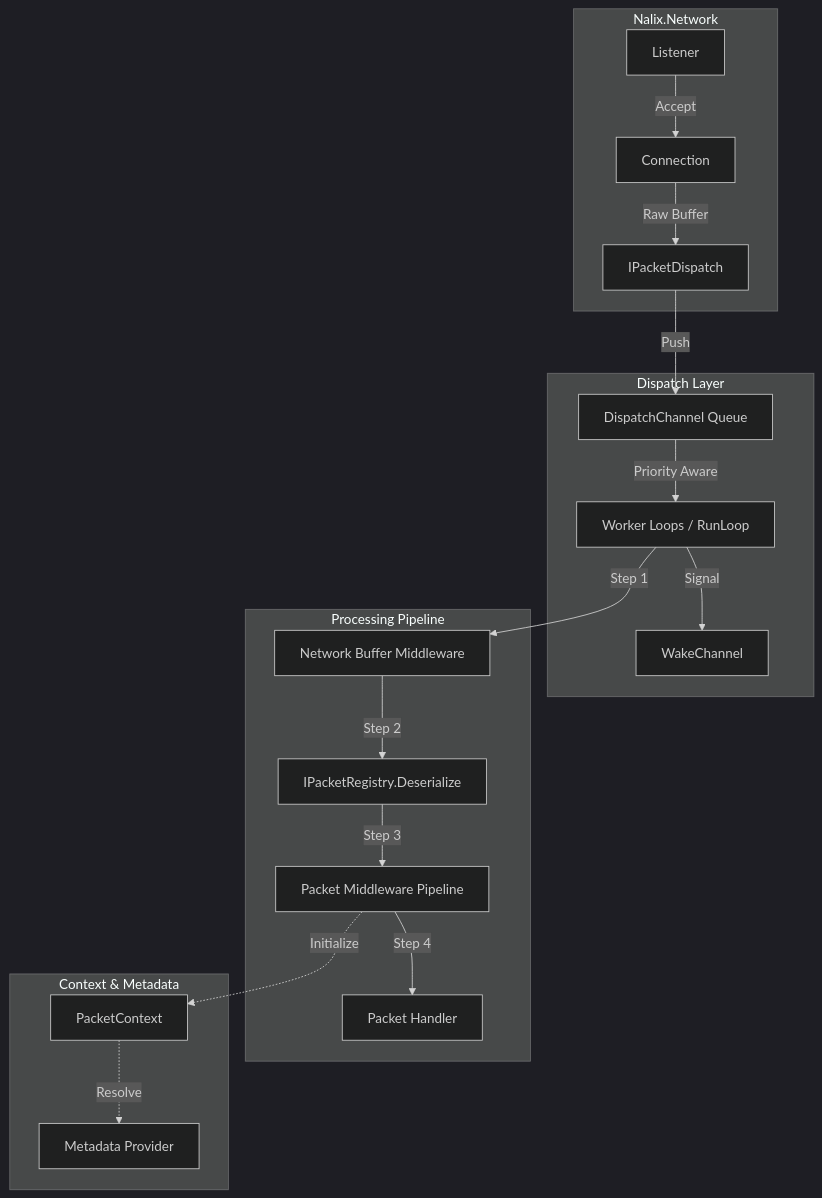
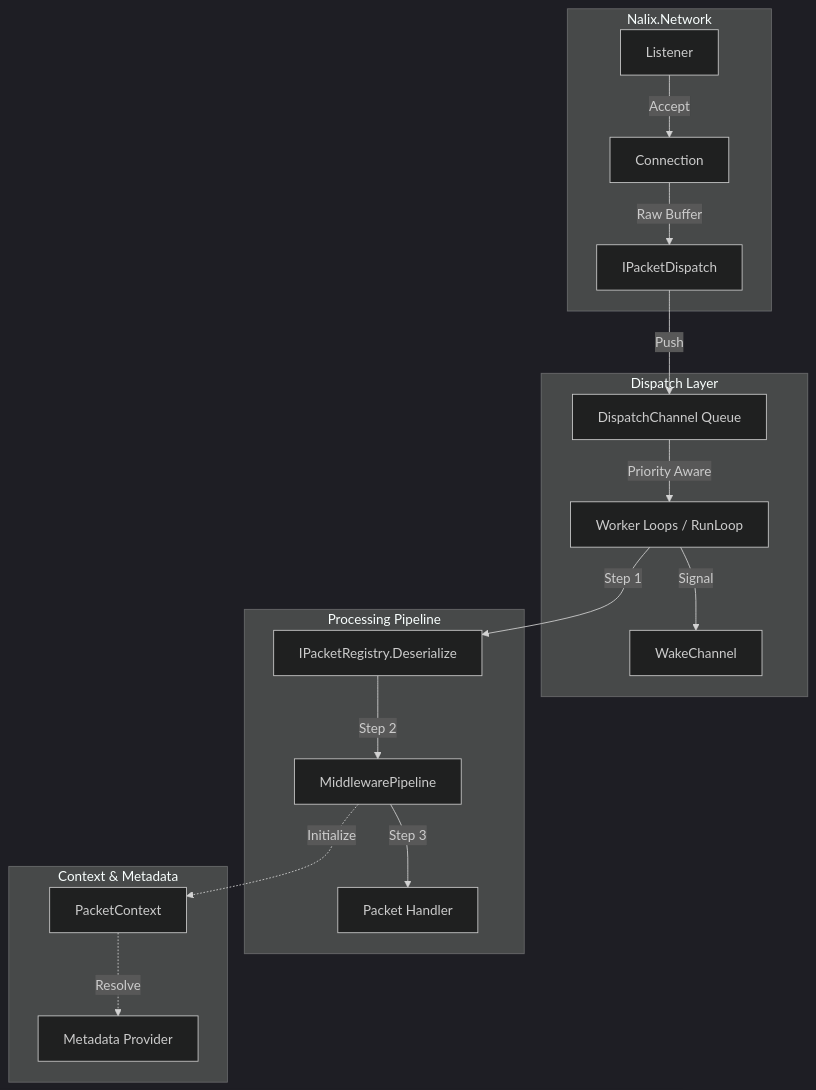
Before and after one commit to ppn-systems/Nalix: the diagram in docs/api/runtime/index.md, drawn with Mermaid (dark theme). The commit also changed other lines of this file and 64 other files, not shown here.

````diff
--- a/docs/api/runtime/index.md
+++ b/docs/api/runtime/index.md
@@ -9,25 +9,24 @@
 ```mermaid
 flowchart TD
     subgraph Network[Nalix.Network]
         L[Listener] -->|Accept| C[Connection]
         C -->|Raw Buffer| D[IPacketDispatch]
     end
 
     subgraph Channel[Dispatch Layer]
         D -->|Push| Q[DispatchChannel Queue]
         Q -->|Priority Aware| WL[Worker Loops / RunLoop]
         WL -->|Signal| Wake[WakeChannel]
     end
 
     subgraph Pipeline[Processing Pipeline]
-        WL -->|Step 1| MP[Network Buffer Middleware]
-        MP -->|Step 2| Des[IPacketRegistry.Deserialize]
-        Des -->|Step 3| PM[Packet Middleware Pipeline]
-        PM -->|Step 4| H[Packet Handler]
+        WL -->|Step 1| Des[IPacketRegistry.Deserialize]
+        Des -->|Step 2| PM[MiddlewarePipeline]
+        PM -->|Step 3| H[Packet Handler]
     end
 
     subgraph State[Context & Metadata]
         PM -.->|Initialize|Ctx[PacketContext]
         Ctx -.->|Resolve| Meta[Metadata Provider]
     end
 ```
````
